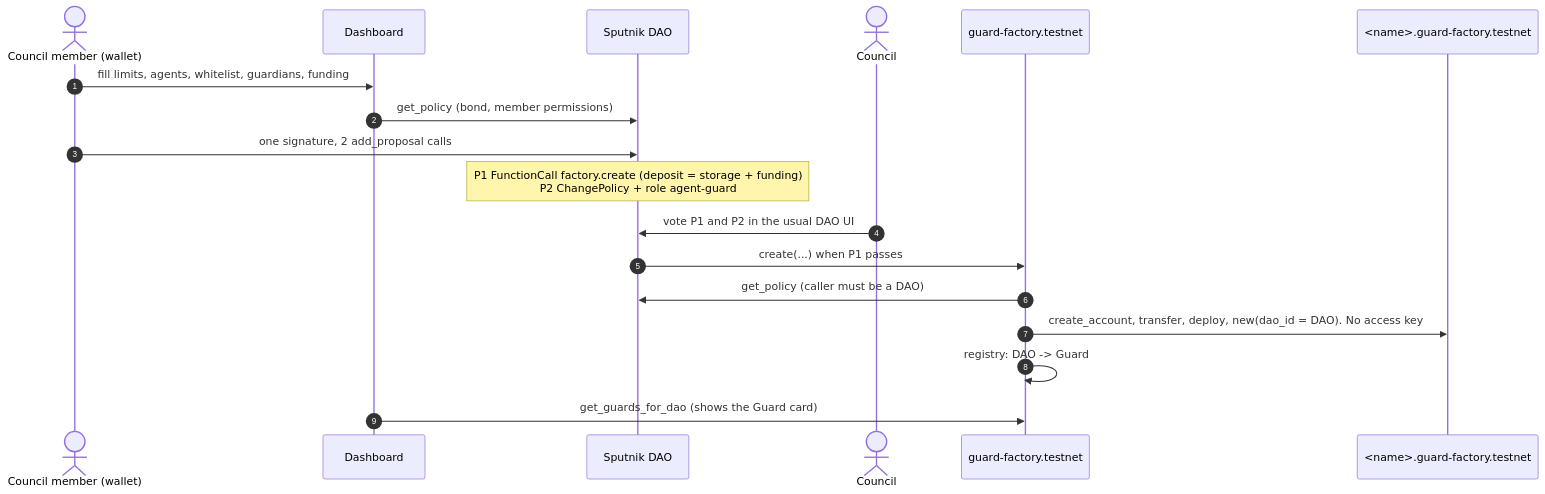
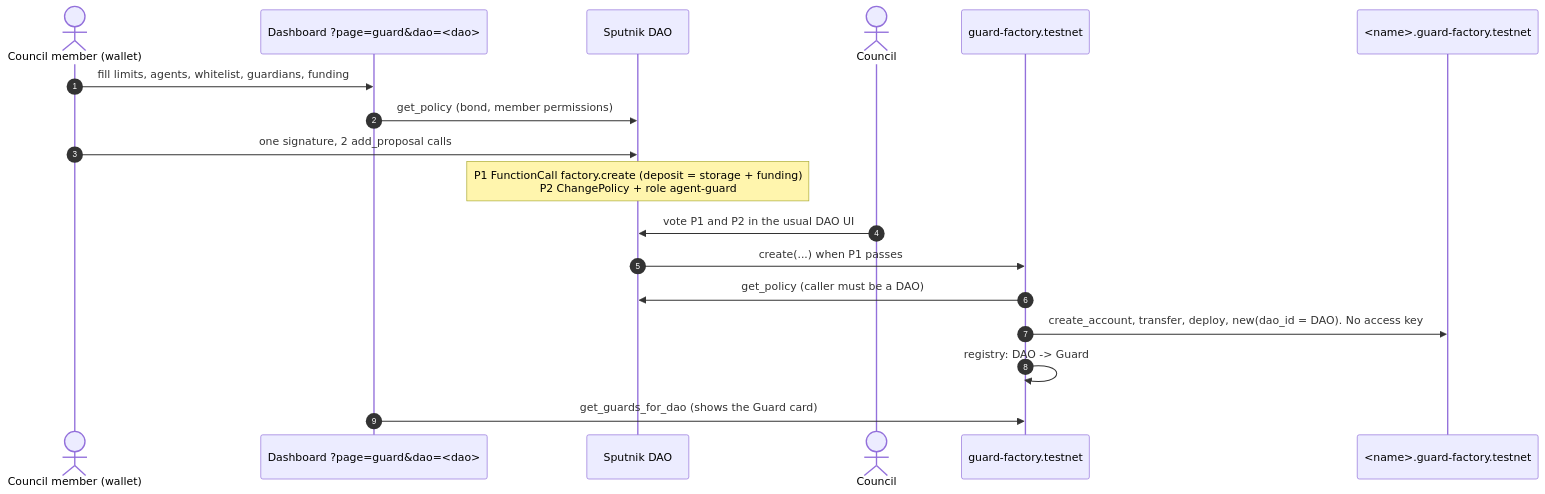
The second of 3 diagrams in docs/guard-flow.md (BLV-Labs/keydoctor), drawn with Mermaid before and after one commit. The commit also changed other lines of this file and 7 other files, not shown here.

First line of the commit message:
docs(guard): Agent Guard page, setup.sh factory step, test:guard covers the factory

````diff
--- a/docs/guard-flow.md
+++ b/docs/guard-flow.md
@@ -43,20 +43,20 @@
 ```mermaid
 sequenceDiagram
     autonumber
     actor Member as Council member (wallet)
-    participant Dash as Dashboard #/guard/<dao>
+    participant Dash as Dashboard ?page=guard&dao=<dao>
     participant DAO as Sputnik DAO
     actor Council
     participant Factory as guard-factory.testnet
     participant Guard as <name>.guard-factory.testnet
     Member->>Dash: fill limits, agents, whitelist, guardians, funding
     Dash->>DAO: get_policy (bond, member permissions)
     Member->>DAO: one signature, 2 add_proposal calls
     Note over DAO: P1 FunctionCall factory.create (deposit = storage + funding)<br/>P2 ChangePolicy + role agent-guard
     Council->>DAO: vote P1 and P2 in the usual DAO UI
     DAO->>Factory: create(...) when P1 passes
     Factory->>DAO: get_policy (caller must be a DAO)
     Factory->>Guard: create_account, transfer, deploy, new(dao_id = DAO). No access key
     Factory->>Factory: registry: DAO -> Guard
     Dash->>Factory: get_guards_for_dao (shows the Guard card)
 ```
````
